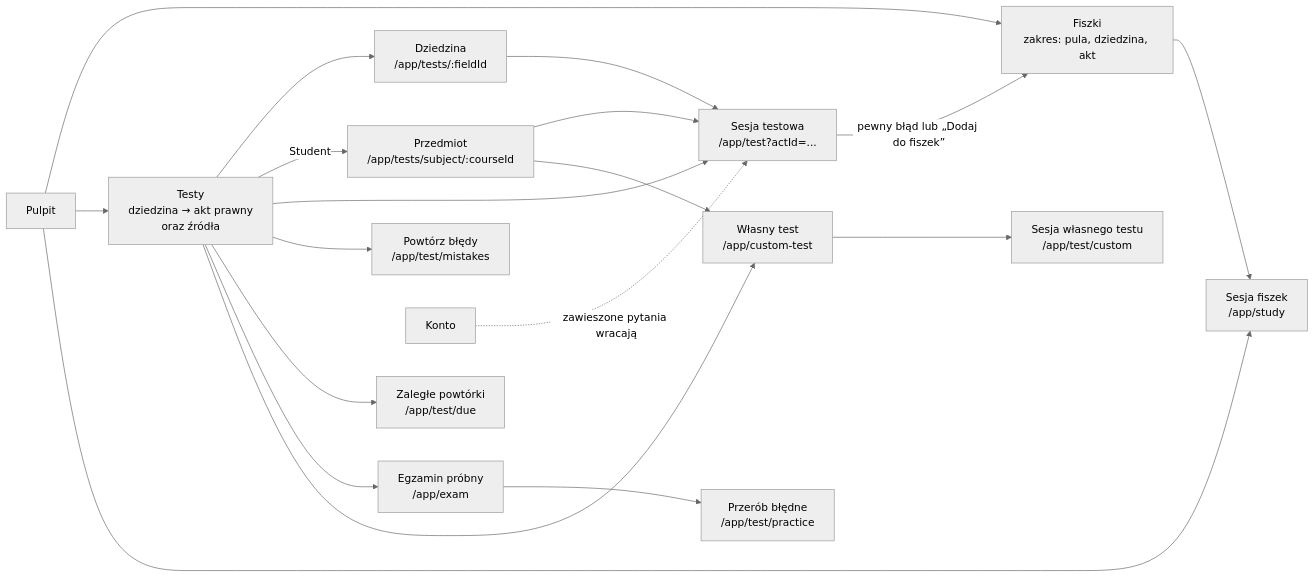
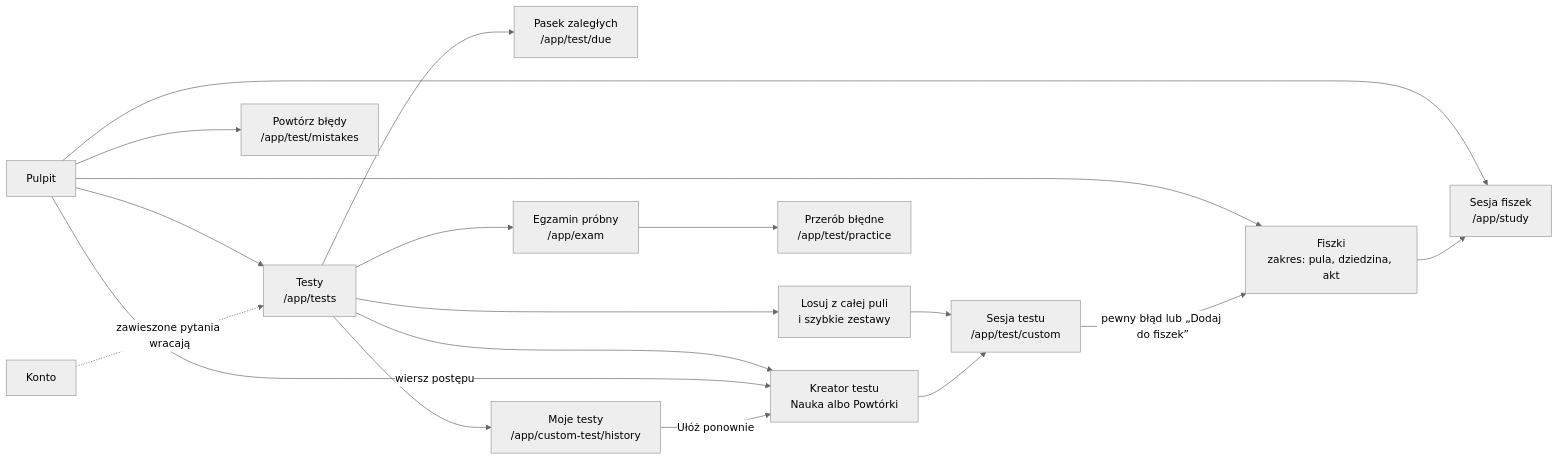
Before and after one commit to YellowHand/tutlaw-frontend: the second of 2 diagrams in docs/02-routing-i-strony.md, drawn with Mermaid (neutral theme). The commit also changed other lines of this file and 64 other files, not shown here.

````diff
--- a/docs/02-routing-i-strony.md
+++ b/docs/02-routing-i-strony.md
@@ -91,21 +91,20 @@
 ```mermaid
 flowchart LR
     DASH["Pulpit"] --> FISZ["Fiszki<br/>zakres: pula, dziedzina, akt"]
-    DASH --> TESTY["Testy<br/>dziedzina → akt prawny<br/>oraz źródła"]
+    DASH --> TESTY["Testy<br/>/app/tests"]
     DASH --> SESF["Sesja fiszek<br/>/app/study"]
+    DASH --> BLEDY["Powtórz błędy<br/>/app/test/mistakes"]
     FISZ --> SESF
-    TESTY --> POLE["Dziedzina<br/>/app/tests/:fieldId"]
-    TESTY -- "Student" --> PRZ["Przedmiot<br/>/app/tests/subject/:courseId"]
-    PRZ --> SEST
-    PRZ --> WLASNY
-    POLE --> SEST["Sesja testowa<br/>/app/test?actId=..."]
-    TESTY --> SEST
-    TESTY --> BLEDY["Powtórz błędy<br/>/app/test/mistakes"]
-    TESTY --> ZAL["Zaległe powtórki<br/>/app/test/due"]
+    TESTY --> LOSUJ["Losuj z całej puli<br/>i szybkie zestawy"]
+    TESTY --> KREATOR["Kreator testu<br/>Nauka albo Powtórki"]
+    DASH -- "wiersz postępu" --> KREATOR
+    LOSUJ --> SESC["Sesja testu<br/>/app/test/custom"]
+    KREATOR --> SESC
+    TESTY --> ZAL["Pasek zaległych<br/>/app/test/due"]
     TESTY --> EGZ["Egzamin próbny<br/>/app/exam"]
-    TESTY --> WLASNY["Własny test<br/>/app/custom-test"]
-    WLASNY --> SESC["Sesja własnego testu<br/>/app/test/custom"]
+    TESTY --> MOJE["Moje testy<br/>/app/custom-test/history"]
+    MOJE -- "Ułóż ponownie" --> KREATOR
     EGZ --> PRAK["Przerób błędne<br/>/app/test/practice"]
-    SEST -- "pewny błąd lub „Dodaj do fiszek”" --> FISZ
-    KONTO["Konto"] -. "zawieszone pytania wracają" .-> SEST
+    SESC -- "pewny błąd lub „Dodaj do fiszek”" --> FISZ
+    KONTO["Konto"] -. "zawieszone pytania wracają" .-> TESTY
 ```
````
